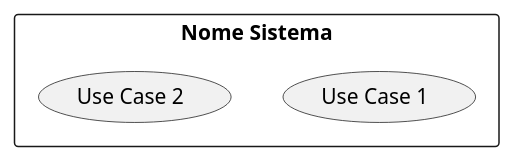
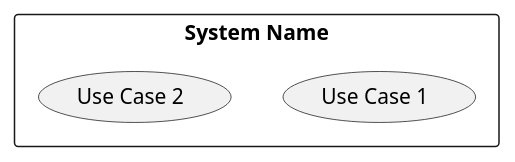
The third of 21 diagrams in 03-behavioral-diagrams/use-case-diagrams/README.md (Seniorsimo/sas-template), drawn with PlantUML before and after one commit. The commit also changed other lines of this file and 49 other files, not shown here.

````diff
--- a/03-behavioral-diagrams/use-case-diagrams/README.md
+++ b/03-behavioral-diagrams/use-case-diagrams/README.md
@@ -38,6 +38,6 @@
 ```plantuml
-rectangle "Nome Sistema" {
+rectangle "System Name" {
   usecase "Use Case 1" as UC1
   usecase "Use Case 2" as UC2
 }
 ```
````
